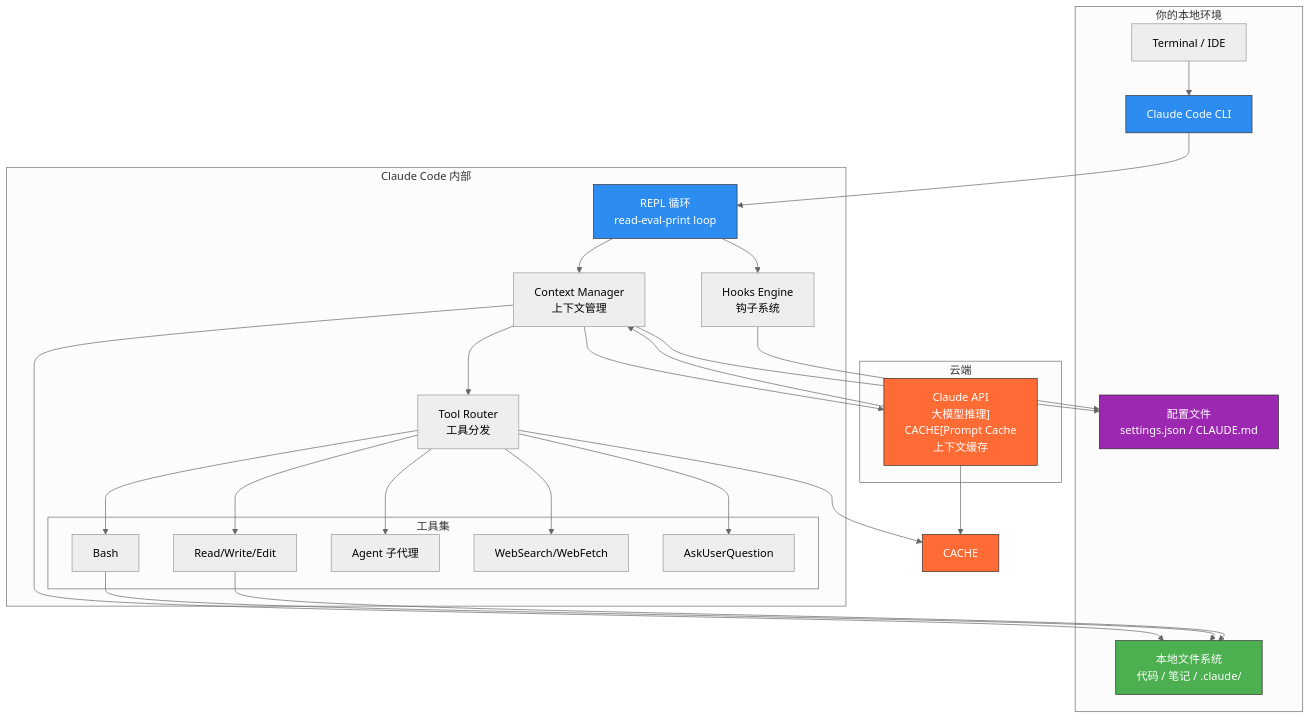
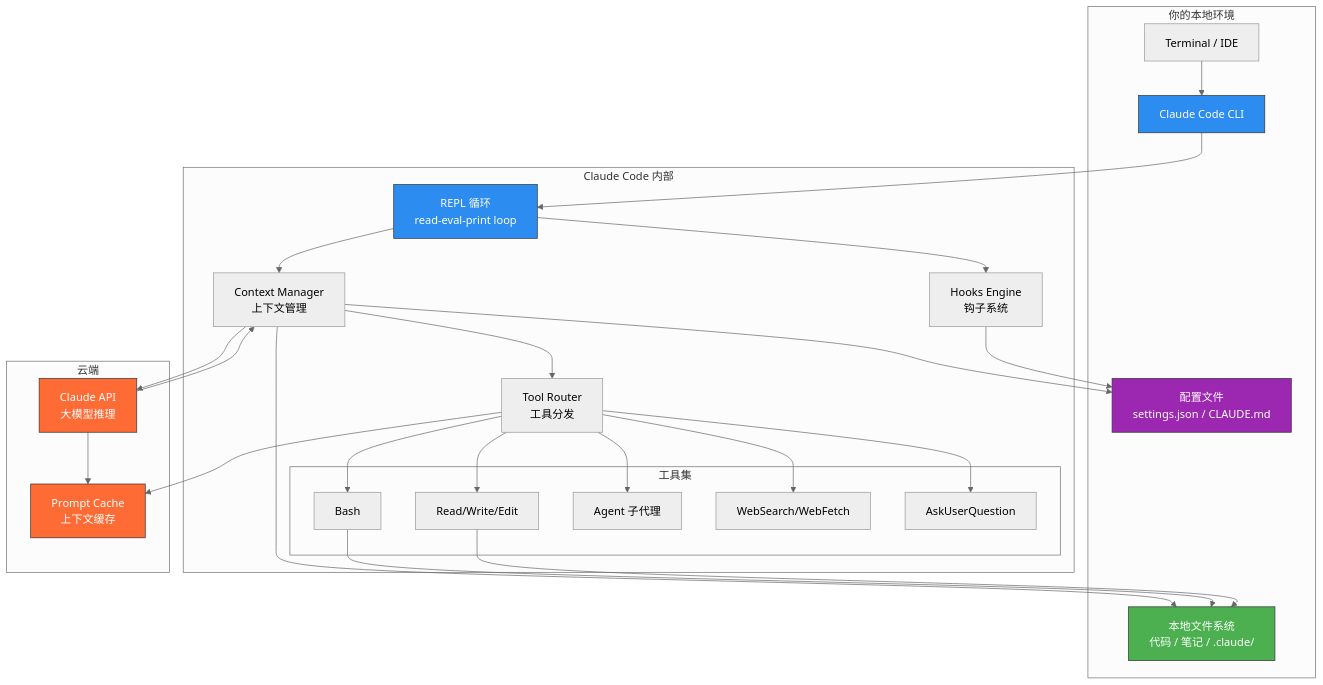
One commit to reallyhwc/ans-ai-auto-notes changed the first of 6 diagrams in kb/技术/AI/Claude-Code/Claude Code 整体架构 & 工作流程.md. Above: the diagram before and after it, drawn with Mermaid (neutral theme). The commit also changed other lines of this file and 4 other files, not shown here.

First line of the commit message:
fix(kb): 审计最终报告 3 —— Mermaid 引号未闭合、陈旧数字与示例语言错误

````diff
--- a/kb/技术/AI/Claude-Code/Claude Code 整体架构 & 工作流程.md
+++ b/kb/技术/AI/Claude-Code/Claude Code 整体架构 & 工作流程.md
@@ -14,56 +14,56 @@
 ```mermaid
 graph TB
     subgraph "你的本地环境"
         T[Terminal / IDE]
         CLI["Claude Code CLI"]
         CFG[配置文件<br/>settings.json / CLAUDE.md]
         FS[本地文件系统<br/>代码 / 笔记 / .claude/]
     end
 
     subgraph "Claude Code 内部"
         REPL["REPL 循环<br/>read-eval-print loop"]
         CTX["Context Manager<br/>上下文管理"]
         TOOLS["Tool Router<br/>工具分发"]
         HOOKS["Hooks Engine<br/>钩子系统"]
 
         subgraph "工具集"
             BASH[Bash]
             READ[Read/Write/Edit]
             AGENT[Agent 子代理]
             WEB[WebSearch/WebFetch]
             ASK[AskUserQuestion]
         end
     end
 
     subgraph "云端"
-        API["Claude API<br/>大模型推理]
-        CACHE["Prompt Cache<br/>上下文缓存]
+        API["Claude API<br/>大模型推理"]
+        CACHE["Prompt Cache<br/>上下文缓存"]
     end
 
     T --> CLI
     CLI --> REPL
     REPL --> CTX
     CTX --> CFG
     CTX --> FS
     CTX --> API
     API --> CTX
     CTX --> TOOLS
     TOOLS --> BASH
     TOOLS --> READ
     TOOLS --> AGENT
     TOOLS --> WEB
     TOOLS --> ASK
     BASH --> FS
     READ --> FS
     HOOKS --> CFG
     REPL --> HOOKS
     API --> CACHE
     TOOLS --> CACHE
 
     style API fill:#ff6b35,stroke:#333,color:#fff
     style CACHE fill:#ff6b35,stroke:#333,color:#fff
     style CLI fill:#2d8cf0,stroke:#333,color:#fff
     style REPL fill:#2d8cf0,stroke:#333,color:#fff
     style FS fill:#4caf50,stroke:#333,color:#fff
     style CFG fill:#9c27b0,stroke:#333,color:#fff
 ```
````
